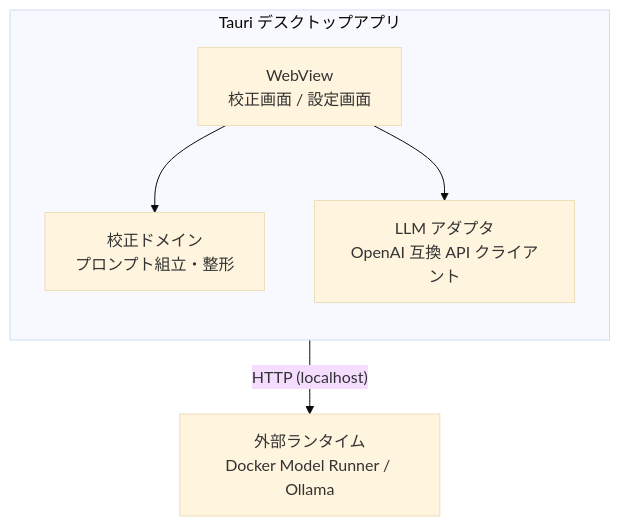
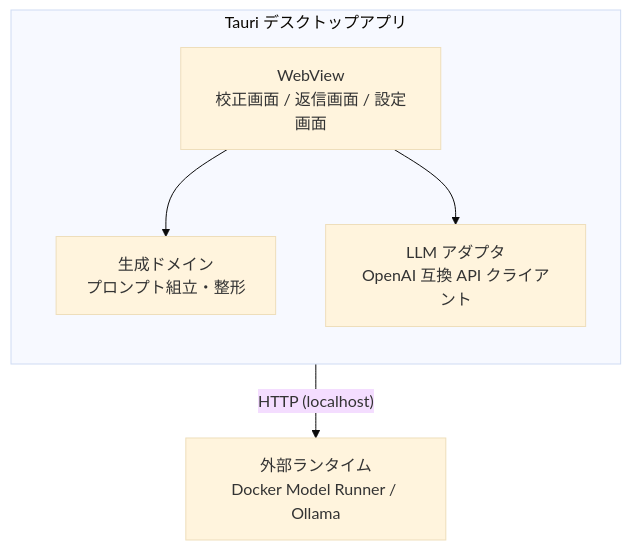
One commit to kkeisuke/message-proofreading changed the first of 2 diagrams in docs/design.md. Above: the diagram before and after it, drawn with Mermaid (base theme). The commit also changed other lines of this file and 7 other files, not shown here.

````diff
--- a/docs/design.md
+++ b/docs/design.md
@@ -9,13 +9,13 @@
 ```mermaid
 flowchart TB
     subgraph tauri["Tauri デスクトップアプリ"]
         direction TB
-        ui["WebView<br>校正画面 / 設定画面"]
-        domain["校正ドメイン<br>プロンプト組立・整形"]
+        ui["WebView<br>校正画面 / 返信画面 / 設定画面"]
+        domain["生成ドメイン<br>プロンプト組立・整形"]
         adapter["LLM アダプタ<br>OpenAI 互換 API クライアント"]
         ui --> domain
         ui --> adapter
     end
     runtime["外部ランタイム<br>Docker Model Runner / Ollama"]
     adapter -- "HTTP (localhost)" --> runtime
 ```
````
